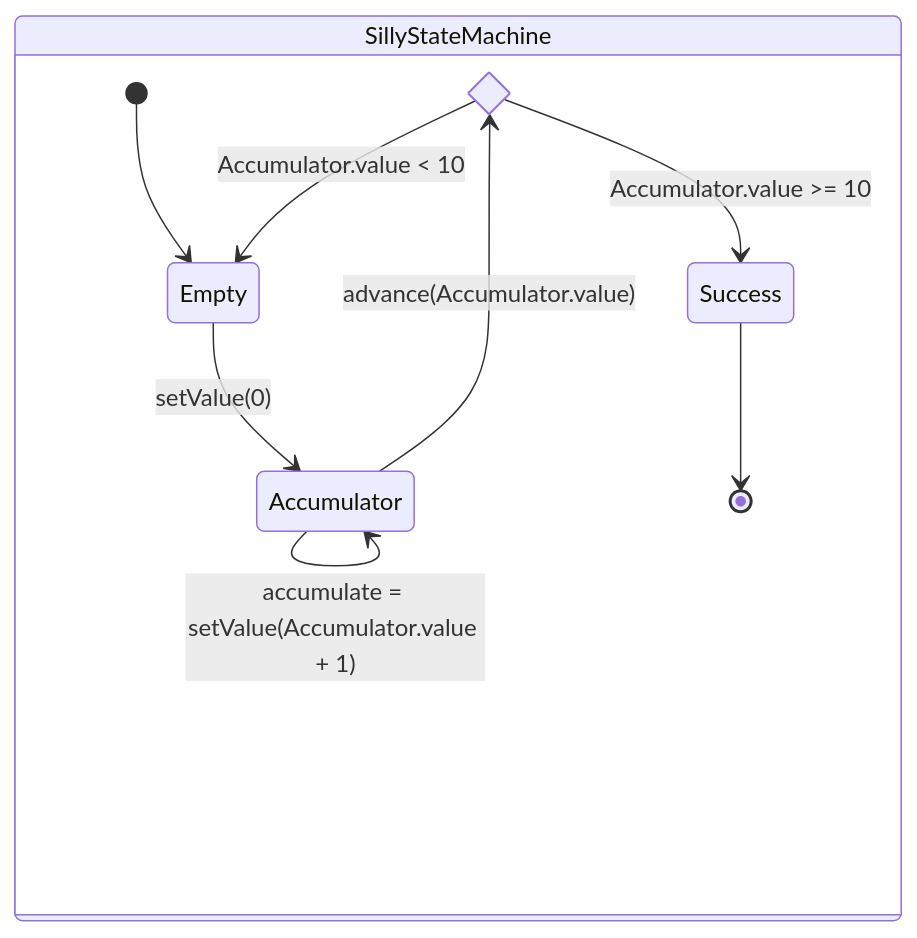
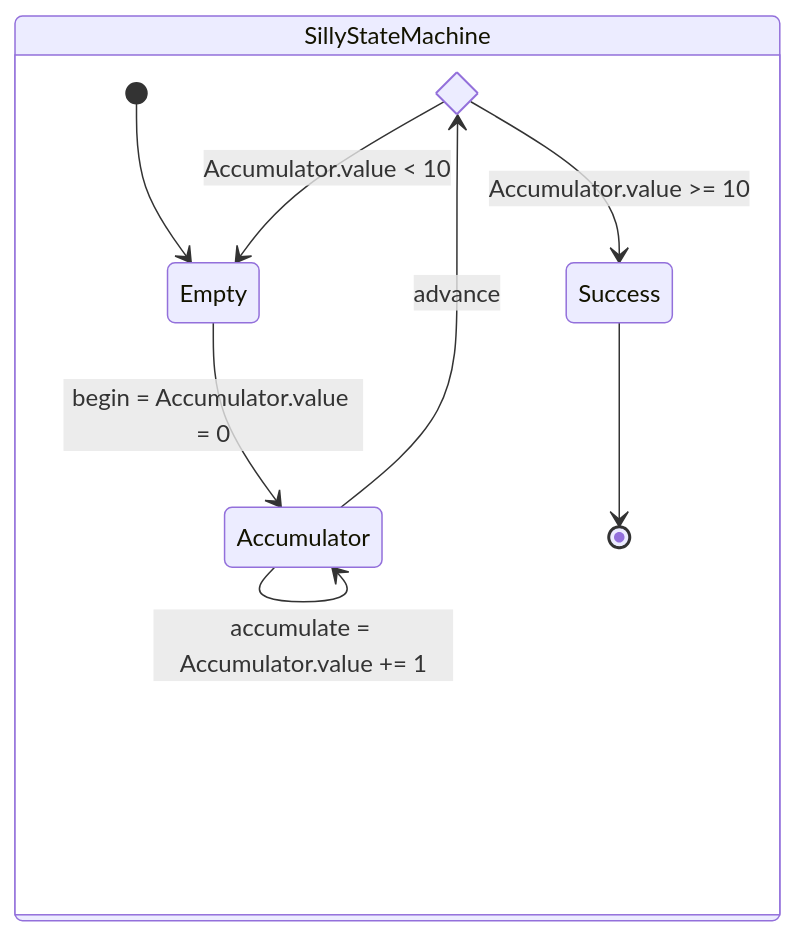
One commit to grancalavera/silly-state-machine changed the diagram in docs/src/state-machine.md. Above: the diagram before and after it, drawn with Mermaid. The commit also changed 7 other files, not shown here.

````diff
--- a/docs/src/state-machine.md
+++ b/docs/src/state-machine.md
@@ -1,20 +1,20 @@
 ```mermaid
 stateDiagram-v2
 
 state SillyStateMachine {
   state AdvanceResult<<choice>>
 
 
   [*] --> Empty
-  Empty --> Accumulator: setValue(0)
+  Empty --> Accumulator: begin = Accumulator.value = 0
 
-  Accumulator --> Accumulator: accumulate = setValue(Accumulator.value + 1)
-  Accumulator --> AdvanceResult: advance(Accumulator.value)
+  Accumulator --> Accumulator: accumulate = Accumulator.value += 1
+  Accumulator --> AdvanceResult: advance
 
   AdvanceResult --> Empty: Accumulator.value < 10
   AdvanceResult --> Success: Accumulator.value >= 10
 
   Success --> [*]
 
 }
 ```
````
